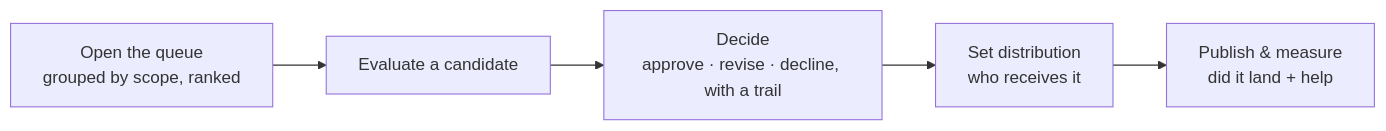
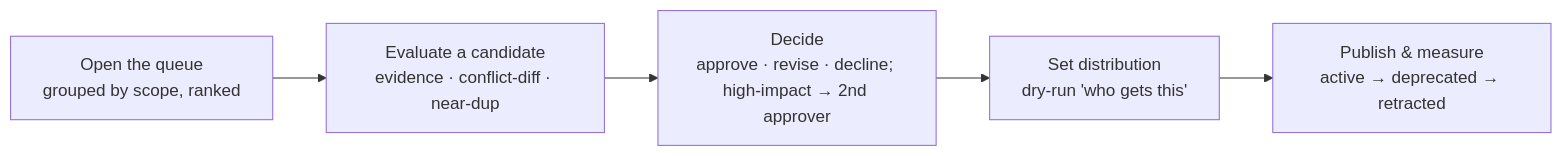
Before and after one commit to sensei-hq/sensei: the second of 7 diagrams in docs/journeys/dojo.md, drawn with Mermaid. The commit also changed other lines of this file and 24 other files, not shown here.

````diff
--- a/docs/journeys/dojo.md
+++ b/docs/journeys/dojo.md
@@ -29,6 +38,6 @@
 ```mermaid
 flowchart LR
-    m1[Open the queue<br/>grouped by scope, ranked] --> m2[Evaluate a candidate]
-    m2 --> m3[Decide<br/>approve · revise · decline, with a trail]
-    m3 --> m4[Set distribution<br/>who receives it] --> m5[Publish &amp; measure<br/>did it land + help]
+    m1[Open the queue<br/>grouped by scope, ranked] --> m2[Evaluate a candidate<br/>evidence · conflict-diff · near-dup]
+    m2 --> m3[Decide<br/>approve · revise · decline; high-impact → 2nd approver]
+    m3 --> m4[Set distribution<br/>dry-run 'who gets this'] --> m5[Publish &amp; measure<br/>active → deprecated → retracted]
 ```
````
